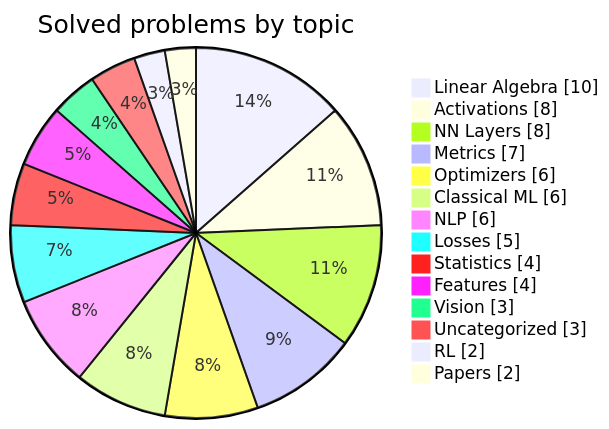
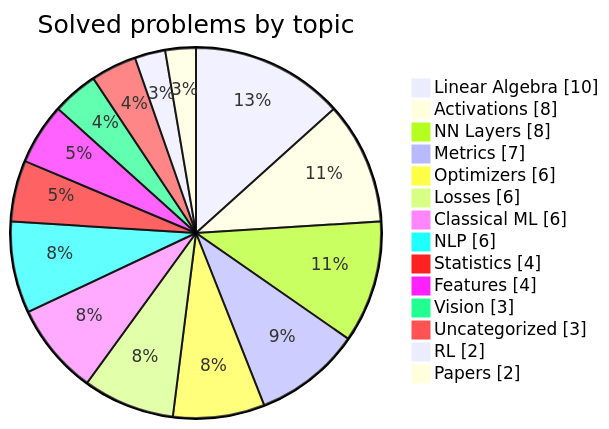
One commit to HarryTrn/TensorTonic-Solutions changed the second of 2 diagrams in README.md. Above: the diagram before and after it, drawn with Mermaid. The commit also changed other lines of this file, not shown here.

````diff
--- a/README.md
+++ b/README.md
@@ -74,18 +74,18 @@
 ```mermaid
 pie showData
     title Solved problems by topic
     "Linear Algebra" : 10
     "Activations" : 8
     "NN Layers" : 8
     "Metrics" : 7
     "Optimizers" : 6
+    "Losses" : 6
     "Classical ML" : 6
     "NLP" : 6
-    "Losses" : 5
     "Statistics" : 4
     "Features" : 4
     "Vision" : 3
     "Uncategorized" : 3
     "RL" : 2
     "Papers" : 2
 ```
````
